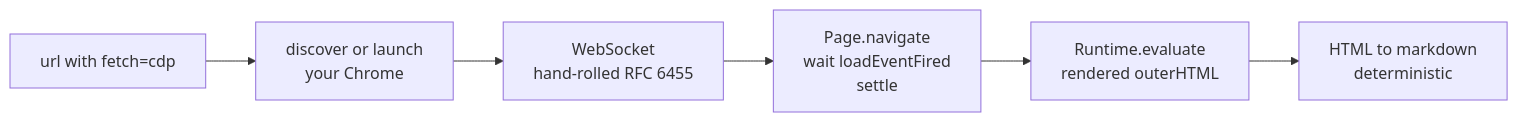
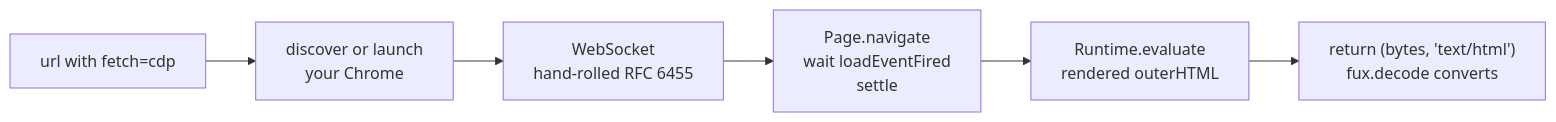
One commit to arpitarya/fux changed the diagram in docs/adr/0020_cdp-fetcher.md. Above: the diagram before and after it, drawn with Mermaid. The commit also changed other lines of this file and 442 other files, not shown here.

````diff
--- a/docs/adr/0020_cdp-fetcher.md
+++ b/docs/adr/0020_cdp-fetcher.md
@@ -52,8 +44,8 @@
 ```mermaid
 flowchart LR
     U["url with fetch=cdp"] --> D["discover or launch<br/>your Chrome"]
     D --> W["WebSocket<br/>hand-rolled RFC 6455"]
     W --> N["Page.navigate<br/>wait loadEventFired<br/>settle"]
     N --> E["Runtime.evaluate<br/>rendered outerHTML"]
-    E --> M["HTML to markdown<br/>deterministic"]
+    E --> R["return (bytes, 'text/html')<br/>fux.decode converts"]
 ```
````
